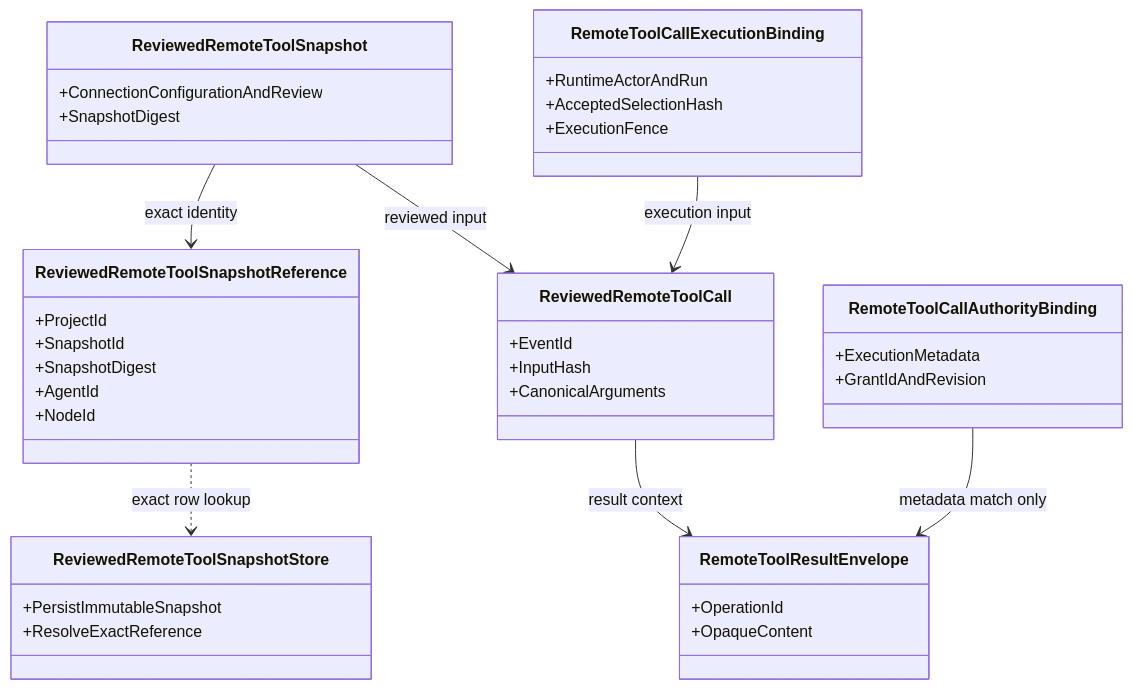
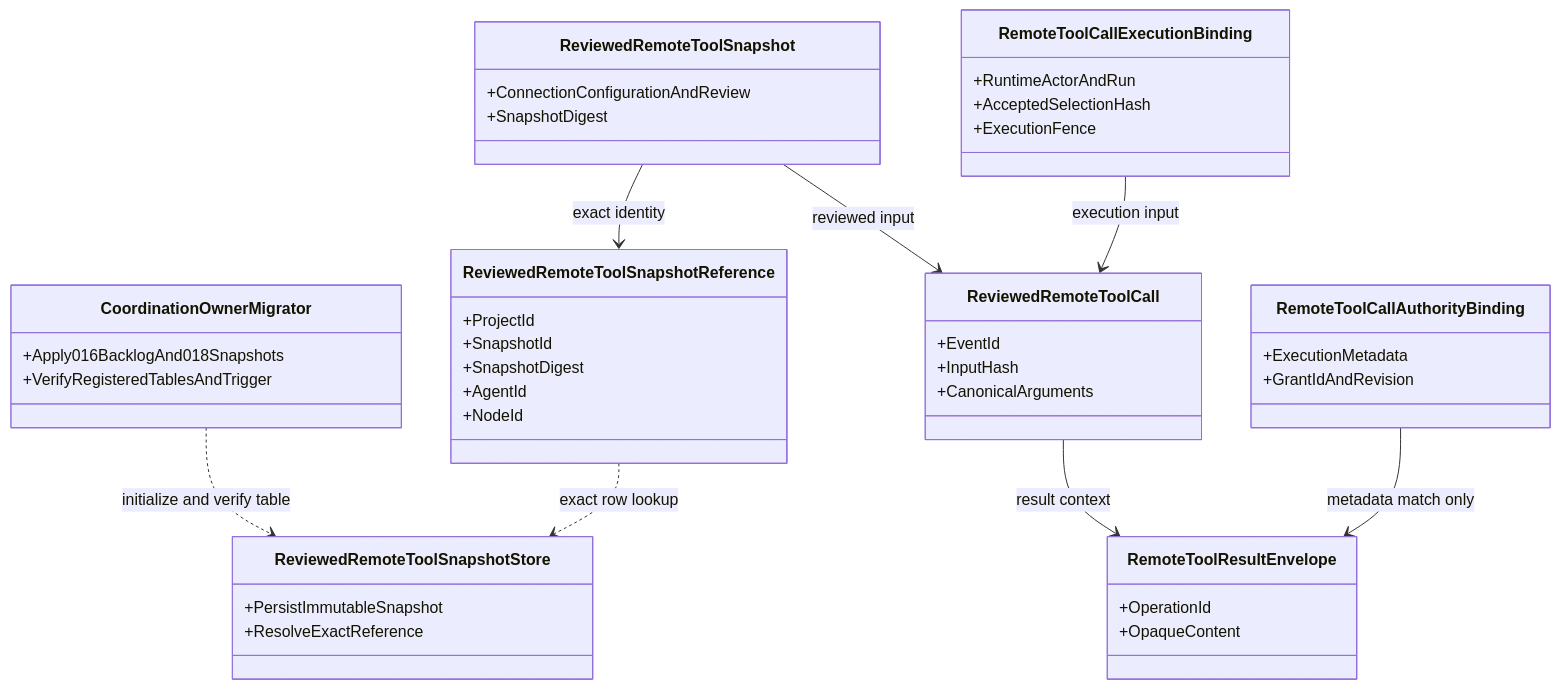
Before and after one commit to sabbour/agentweaver: the third of 3 diagrams in docs/architecture/design/orchestration.md, drawn with Mermaid. The commit also changed other lines of this file and 7 other files, not shown here.

First line of the commit message:
fix(orchestrator): register backlog and reviewed snapshot migrations

````diff
--- a/docs/architecture/design/orchestration.md
+++ b/docs/architecture/design/orchestration.md
@@ -583,42 +595,47 @@
 ```mermaid
 classDiagram
+    class CoordinationOwnerMigrator {
+        +Apply016BacklogAnd018Snapshots
+        +VerifyRegisteredTablesAndTrigger
+    }
     class ReviewedRemoteToolSnapshot {
         +ConnectionConfigurationAndReview
         +SnapshotDigest
     }
     class ReviewedRemoteToolSnapshotReference {
         +ProjectId
         +SnapshotId
         +SnapshotDigest
         +AgentId
         +NodeId
     }
     class ReviewedRemoteToolSnapshotStore {
         +PersistImmutableSnapshot
         +ResolveExactReference
     }
     class RemoteToolCallExecutionBinding {
         +RuntimeActorAndRun
         +AcceptedSelectionHash
         +ExecutionFence
     }
     class ReviewedRemoteToolCall {
         +EventId
         +InputHash
         +CanonicalArguments
     }
     class RemoteToolCallAuthorityBinding {
         +ExecutionMetadata
         +GrantIdAndRevision
     }
     class RemoteToolResultEnvelope {
         +OperationId
         +OpaqueContent
     }
     ReviewedRemoteToolSnapshot --> ReviewedRemoteToolSnapshotReference : exact identity
+    CoordinationOwnerMigrator ..> ReviewedRemoteToolSnapshotStore : initialize and verify table
     ReviewedRemoteToolSnapshotReference ..> ReviewedRemoteToolSnapshotStore : exact row lookup
     ReviewedRemoteToolSnapshot --> ReviewedRemoteToolCall : reviewed input
     RemoteToolCallExecutionBinding --> ReviewedRemoteToolCall : execution input
     ReviewedRemoteToolCall --> RemoteToolResultEnvelope : result context
     RemoteToolCallAuthorityBinding --> RemoteToolResultEnvelope : metadata match only
 ```
````
